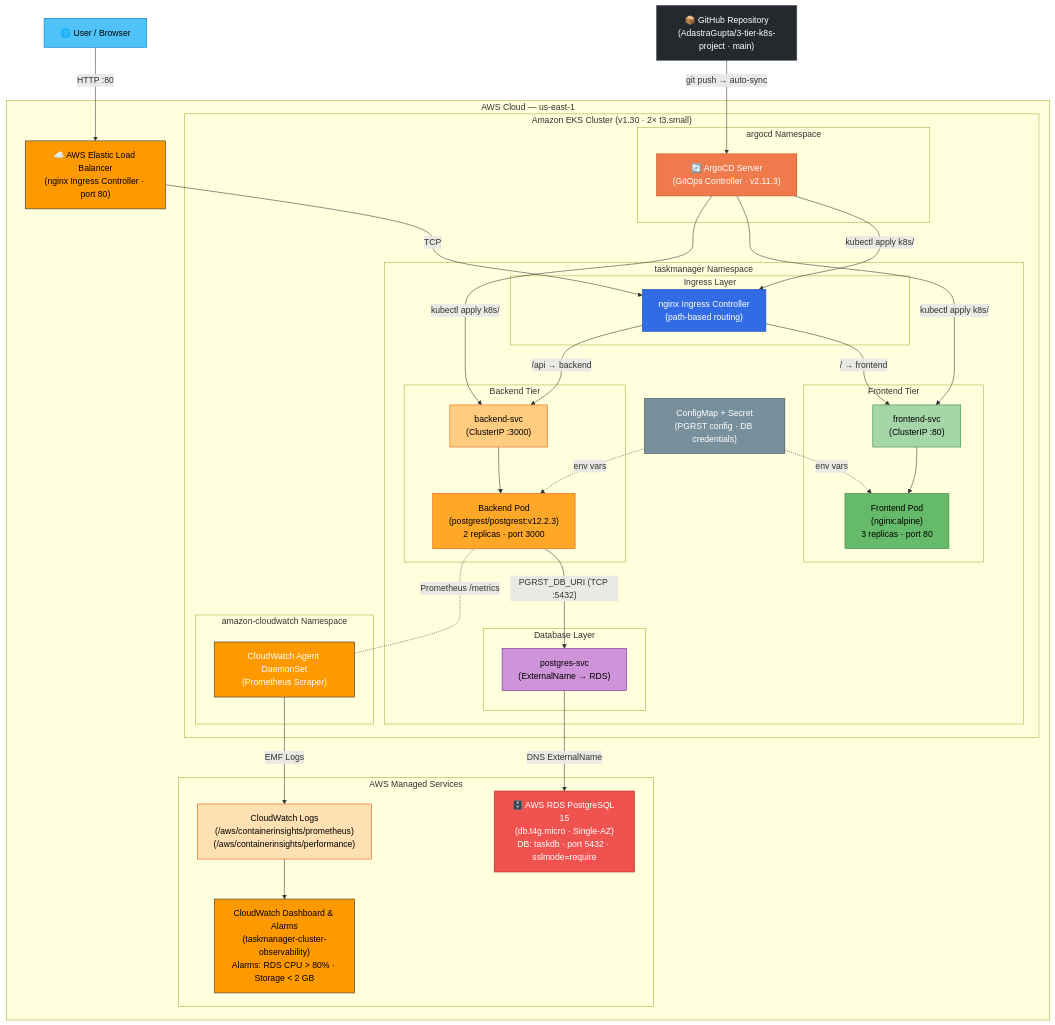
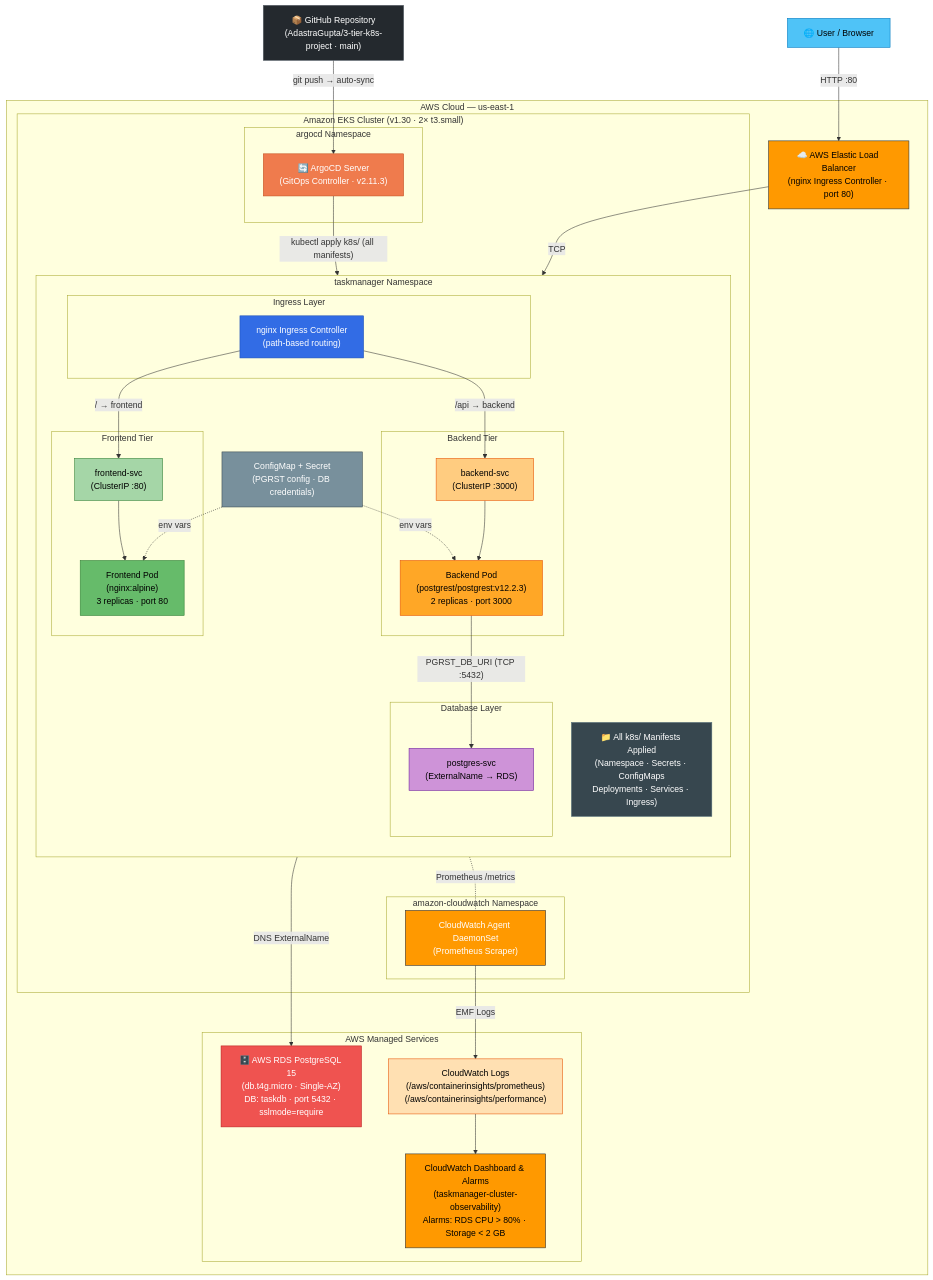
Before and after one commit to AdastraGupta/3-tier-k8s-project: the diagram in README.md, drawn with Mermaid.

Commit message:
fix: Correct ArgoCD diagram edges — applies all k8s/ manifests, not individual services

```diff
--- a/README.md
+++ b/README.md
@@ -18,6 +18,10 @@
             end
 
             subgraph "taskmanager Namespace"
+                direction TB
+                TM_NS["📁 All k8s/ Manifests Applied
+(Namespace · Secrets · ConfigMaps
+Deployments · Services · Ingress)"]
                 subgraph "Ingress Layer"
                     ING["nginx Ingress Controller\n(path-based routing)"]
                 end
@@ -51,11 +55,9 @@
         end
     end
 
-    %% GitOps flow
+    %% GitOps flow — ArgoCD syncs entire k8s/ dir to the cluster
     GitHub -->|"git push → auto-sync"| ArgoCD
-    ArgoCD -->|"kubectl apply k8s/"| ING
-    ArgoCD -->|"kubectl apply k8s/"| FS
-    ArgoCD -->|"kubectl apply k8s/"| BS
+    ArgoCD -->|"kubectl apply k8s/ (all manifests)"| TM_NS
 
     %% User traffic — single entry point via nginx Ingress Controller ELB
     User -->|"HTTP :80"| ING_ELB
@@ -83,6 +85,7 @@
     style GitHub fill:#24292E,stroke:#586069,color:#fff
     style ING_ELB fill:#FF9900,stroke:#232F3E,color:#000
     style ArgoCD fill:#EF7B4D,stroke:#C04A1A,color:#fff
+    style TM_NS fill:#37474F,stroke:#546E7A,color:#fff
     style ING fill:#326CE5,stroke:#1A4DB5,color:#fff
     style FD fill:#66BB6A,stroke:#2E7D32,color:#000
     style FS fill:#A5D6A7,stroke:#2E7D32,color:#000
```
